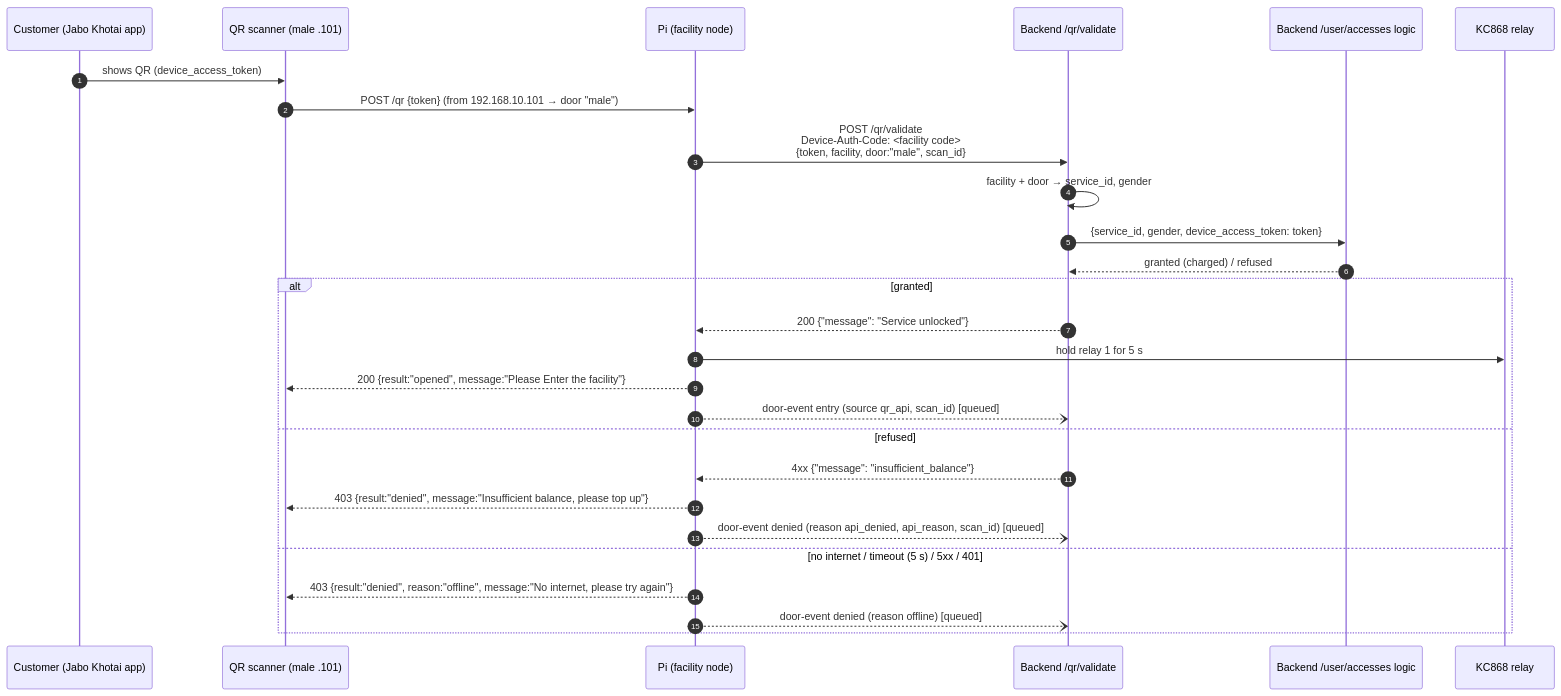
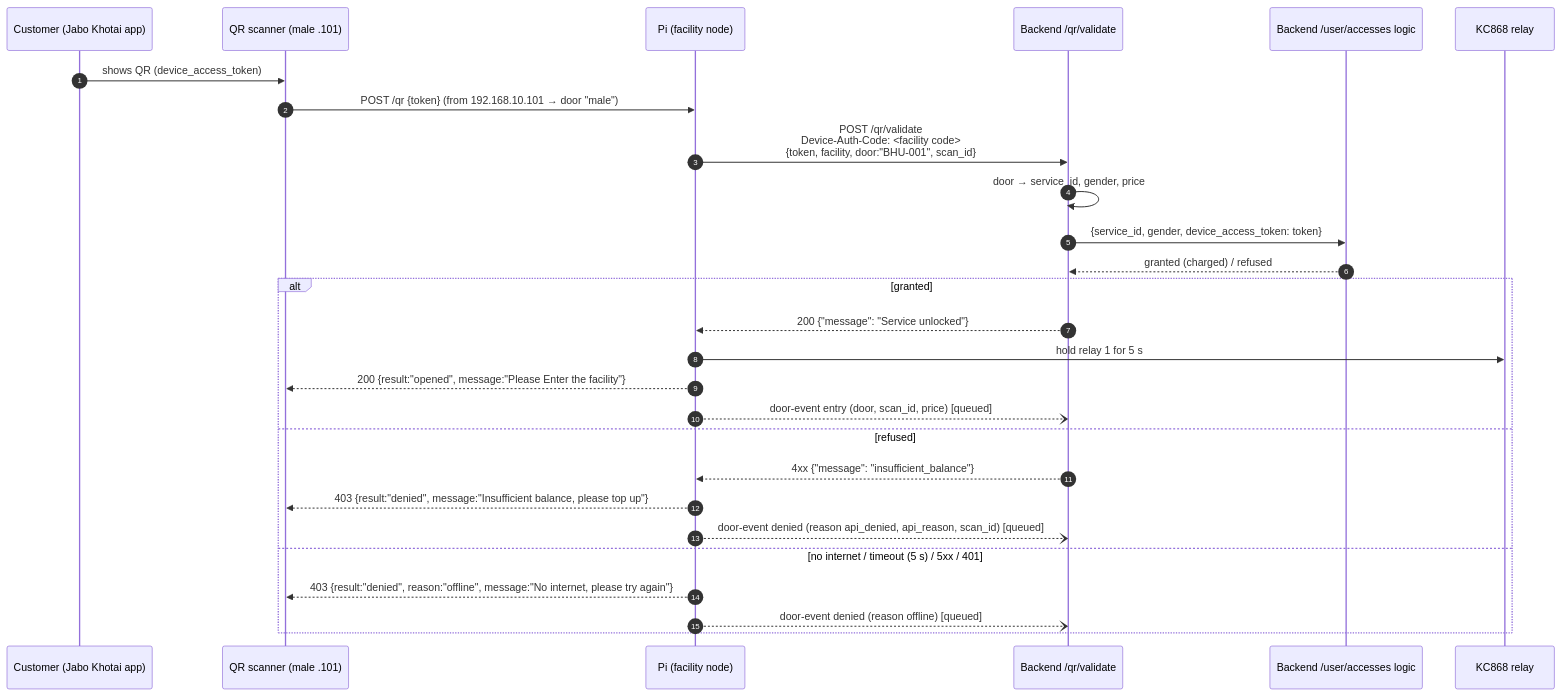
The first of 4 diagrams in facility-node/API_FLOW.md (utpaulBS23/bhumijo-gateway-linux), drawn with Mermaid before and after one commit. The commit also changed other lines of this file and 17 other files, not shown here.

````diff
--- a/facility-node/API_FLOW.md
+++ b/facility-node/API_FLOW.md
@@ -55,29 +55,29 @@
 ```mermaid
 sequenceDiagram
     autonumber
     participant C as Customer (Jabo Khotai app)
     participant S as QR scanner (male .101)
     participant P as Pi (facility node)
     participant B as Backend /qr/validate
     participant U as Backend /user/accesses logic
     participant R as KC868 relay
     C->>S: shows QR (device_access_token)
     S->>P: POST /qr {token}  (from 192.168.10.101 → door "male")
-    P->>B: POST /qr/validate<br/>Device-Auth-Code: <facility code><br/>{token, facility, door:"male", scan_id}
-    B->>B: facility + door → service_id, gender
+    P->>B: POST /qr/validate<br/>Device-Auth-Code: <facility code><br/>{token, facility, door:"BHU-001", scan_id}
+    B->>B: door → service_id, gender, price
     B->>U: {service_id, gender, device_access_token: token}
     U-->>B: granted (charged) / refused
     alt granted
         B-->>P: 200 {"message": "Service unlocked"}
         P->>R: hold relay 1 for 5 s
         P-->>S: 200 {result:"opened", message:"Please Enter the facility"}
-        P--)B: door-event entry (source qr_api, scan_id)  [queued]
+        P--)B: door-event entry (door, scan_id, price)  [queued]
     else refused
         B-->>P: 4xx {"message": "insufficient_balance"}
         P-->>S: 403 {result:"denied", message:"Insufficient balance, please top up"}
         P--)B: door-event denied (reason api_denied, api_reason, scan_id)  [queued]
     else no internet / timeout (5 s) / 5xx / 401
         P-->>S: 403 {result:"denied", reason:"offline", message:"No internet, please try again"}
         P--)B: door-event denied (reason offline)  [queued]
     end
 ```
````
